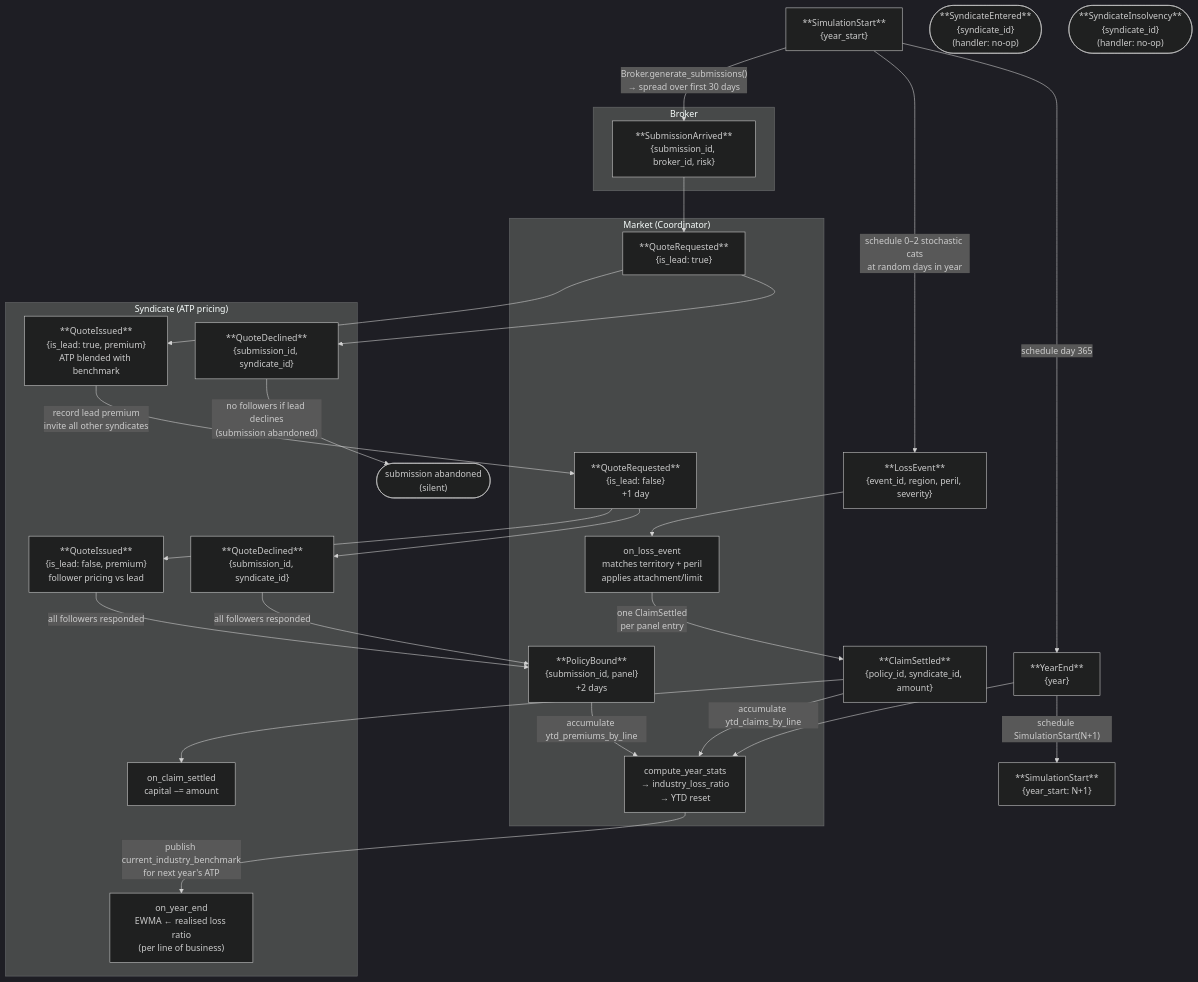
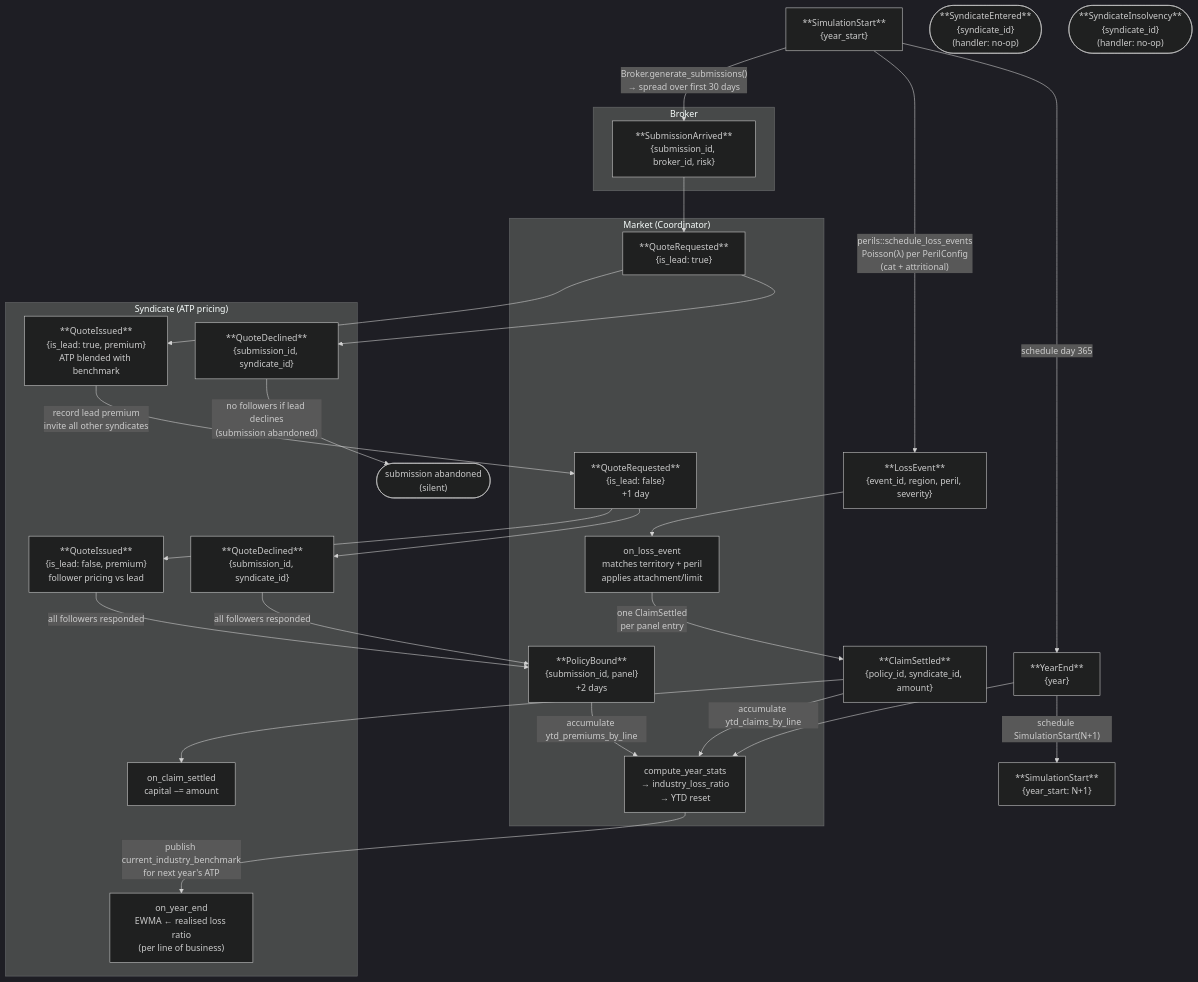
Before and after one commit to samthorold/rins: the diagram in docs/event-flow.md, drawn with Mermaid (dark theme). The commit also changed other lines of this file and 5 other files, not shown here.

````diff
--- a/docs/event-flow.md
+++ b/docs/event-flow.md
@@ -6,68 +6,68 @@
 ```mermaid
 flowchart TD
     %% ── Year lifecycle ──────────────────────────────────────────────────────
 
     SS["**SimulationStart**\n{year_start}"]
     YE["**YearEnd**\n{year}"]
     LE["**LossEvent**\n{event_id, region, peril, severity}"]
     SS_NEXT["**SimulationStart**\n{year_start: N+1}"]
 
     SS -->|"Broker.generate_submissions()\n→ spread over first 30 days"| SA
-    SS -->|"schedule 0–2 stochastic cats\nat random days in year"| LE
+    SS -->|"perils::schedule_loss_events\nPoisson(λ) per PerilConfig\n(cat + attritional)"| LE
     SS -->|"schedule day 365"| YE
 
     %% ── Quoting round ───────────────────────────────────────────────────────
 
     subgraph Broker
         SA["**SubmissionArrived**\n{submission_id, broker_id, risk}"]
     end
 
     subgraph Market["Market (Coordinator)"]
         QR_L["**QuoteRequested**\n{is_lead: true}"]
         QR_F["**QuoteRequested**\n{is_lead: false}\n+1 day"]
         PB["**PolicyBound**\n{submission_id, panel}\n+2 days"]
         LE_D["on_loss_event\nmatches territory + peril\napplies attachment/limit"]
         STATS["compute_year_stats\n→ industry_loss_ratio\n→ YTD reset"]
     end
 
     subgraph Syndicate["Syndicate  (ATP pricing)"]
         QI_L["**QuoteIssued**\n{is_lead: true, premium}\nATP blended with benchmark"]
         QD_L["**QuoteDeclined**\n{submission_id, syndicate_id}"]
         QI_F["**QuoteIssued**\n{is_lead: false, premium}\nfollower pricing vs lead"]
         QD_F["**QuoteDeclined**\n{submission_id, syndicate_id}"]
         CS_S["on_claim_settled\ncapital −= amount"]
         YE_S["on_year_end\nEWMA ← realised loss ratio\n(per line of business)"]
     end
 
     SA --> QR_L
     QR_L --> QI_L
     QR_L --> QD_L
     QI_L -->|"record lead premium\ninvite all other syndicates"| QR_F
     QD_L -->|"no followers if lead declines\n(submission abandoned)"| ABANDON(["submission abandoned\n(silent)"])
     QR_F --> QI_F
     QR_F --> QD_F
     QI_F -->|"all followers responded"| PB
     QD_F -->|"all followers responded"| PB
 
     %% ── Loss cascade ────────────────────────────────────────────────────────
 
     CS["**ClaimSettled**\n{policy_id, syndicate_id, amount}"]
 
     LE --> LE_D
     LE_D -->|"one ClaimSettled\nper panel entry"| CS
     CS --> CS_S
     CS -->|"accumulate ytd_claims_by_line"| STATS
 
     PB -->|"accumulate ytd_premiums_by_line"| STATS
 
     %% ── Year end ────────────────────────────────────────────────────────────
 
     YE --> STATS
     STATS -->|"publish current_industry_benchmark\nfor next year's ATP"| YE_S
     YE -->|"schedule SimulationStart(N+1)"| SS_NEXT
 
     %% ── Entry / insolvency (stubs) ──────────────────────────────────────────
 
     SE(["**SyndicateEntered**\n{syndicate_id}\n(handler: no-op)"])
     SI(["**SyndicateInsolvency**\n{syndicate_id}\n(handler: no-op)"])
 ```
````
